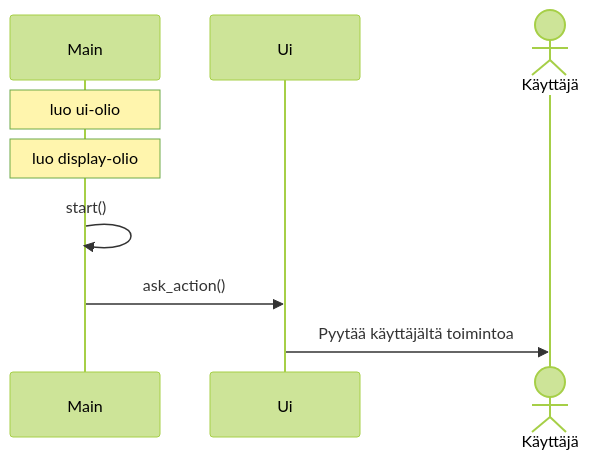
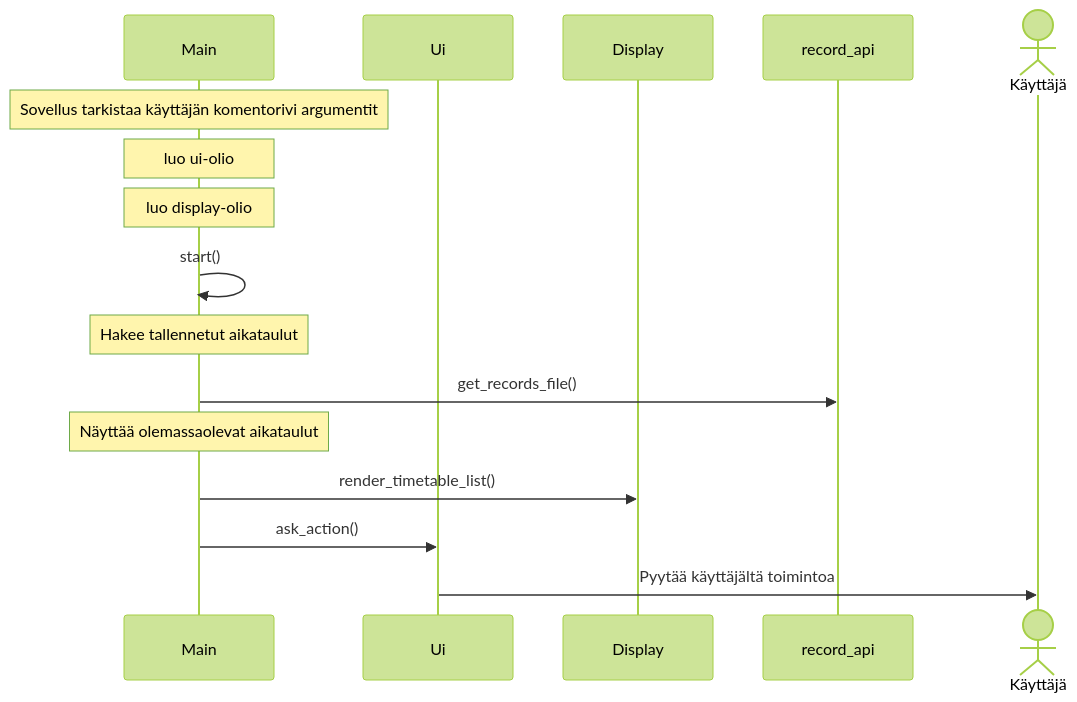
Before and after one commit to astranero/ot-harjoitustyo-1: the third of 5 diagrams in bussitt-app/dokumentaatio/arkkitehtuuri.md, drawn with Mermaid (forest theme). The commit also changed other lines of this file, not shown here.

````diff
--- a/bussitt-app/dokumentaatio/arkkitehtuuri.md
+++ b/bussitt-app/dokumentaatio/arkkitehtuuri.md
@@ -86,12 +87,20 @@
 ```mermaid
 sequenceDiagram
     participant Main
     participant Ui
+    participant Display
+    participant record_api
     actor Käyttäjä
     
+    Note over Main: Sovellus tarkistaa käyttäjän komentorivi argumentit
     Note over Main: luo ui-olio
     Note over Main: luo display-olio
+
     Main->>Main: start()
+    Note over Main: Hakee tallennetut aikataulut
+    Main->>record_api: get_records_file()
+    Note over Main: Näyttää olemassaolevat aikataulut
+    Main->>Display: render_timetable_list()
     Main->>Ui: ask_action()
     Ui->>Käyttäjä: Pyytää käyttäjältä toimintoa
 ```
````
